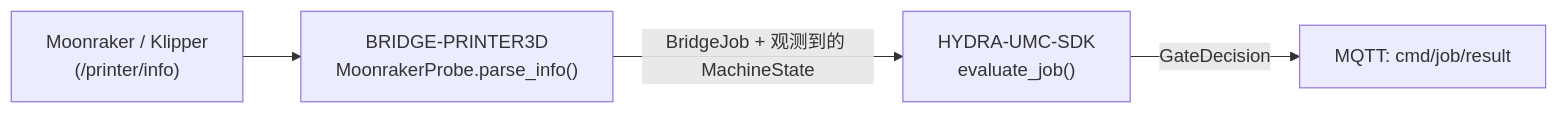
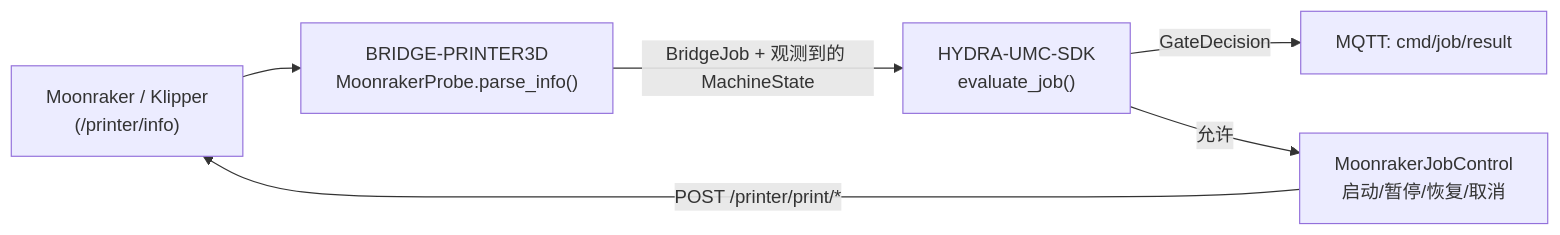
One commit to JuanenRac/HYDRA-UMC-BRIDGE-PRINTER3D changed the diagram in README_zho.md. Above: the diagram before and after it, drawn with Mermaid. The commit also changed other lines of this file and 7 other files, not shown here.

Commit message:
List the global stop and real broker tests, complete the flow diagram in every language

````diff
--- a/README_zho.md
+++ b/README_zho.md
@@ -81,6 +81,8 @@
 ```mermaid
 flowchart LR
     PRINTER["Moonraker / Klipper<br/>(/printer/info)"] --> BRIDGE["BRIDGE-PRINTER3D<br/>MoonrakerProbe.parse_info()"]
     BRIDGE -- "BridgeJob + 观测到的 MachineState" --> SDK["HYDRA-UMC-SDK<br/>evaluate_job()"]
     SDK -- GateDecision --> RESULT["MQTT: cmd/job/result"]
+    SDK -- "允许" --> JOBCTRL["MoonrakerJobControl<br/>启动/暂停/恢复/取消"]
+    JOBCTRL -- "POST /printer/print/*" --> PRINTER
 ```
````
